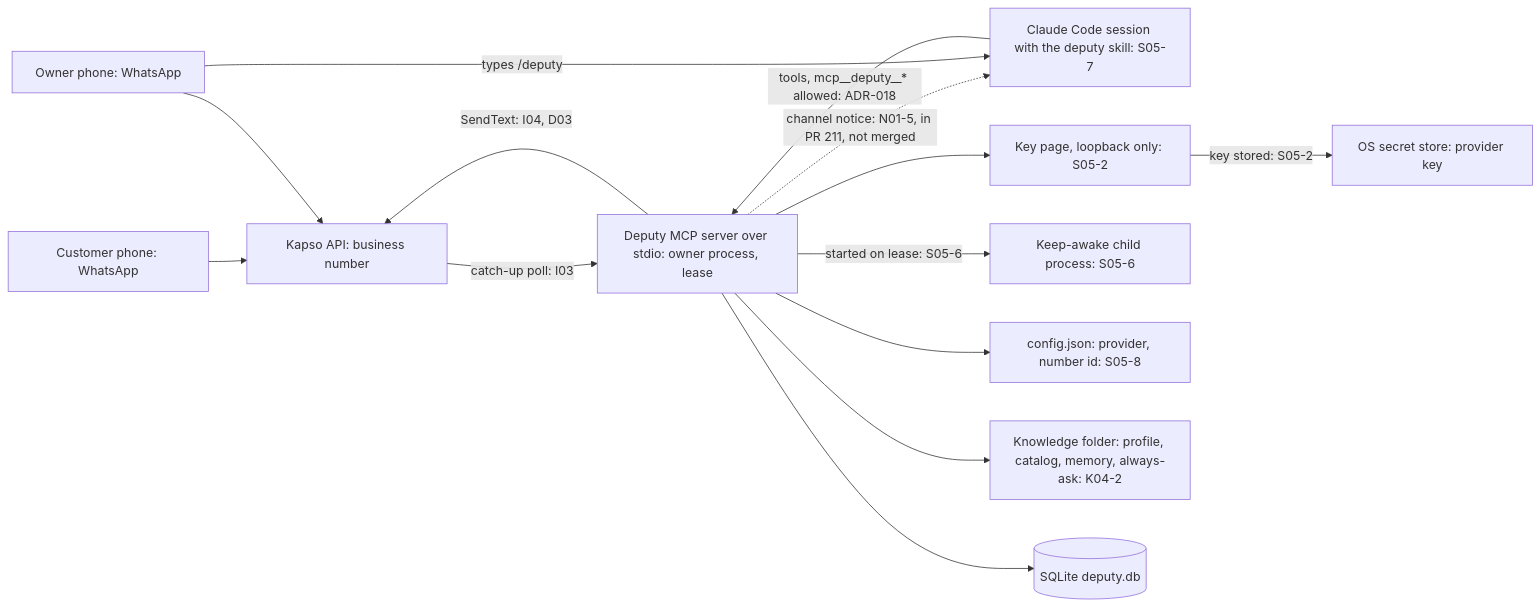
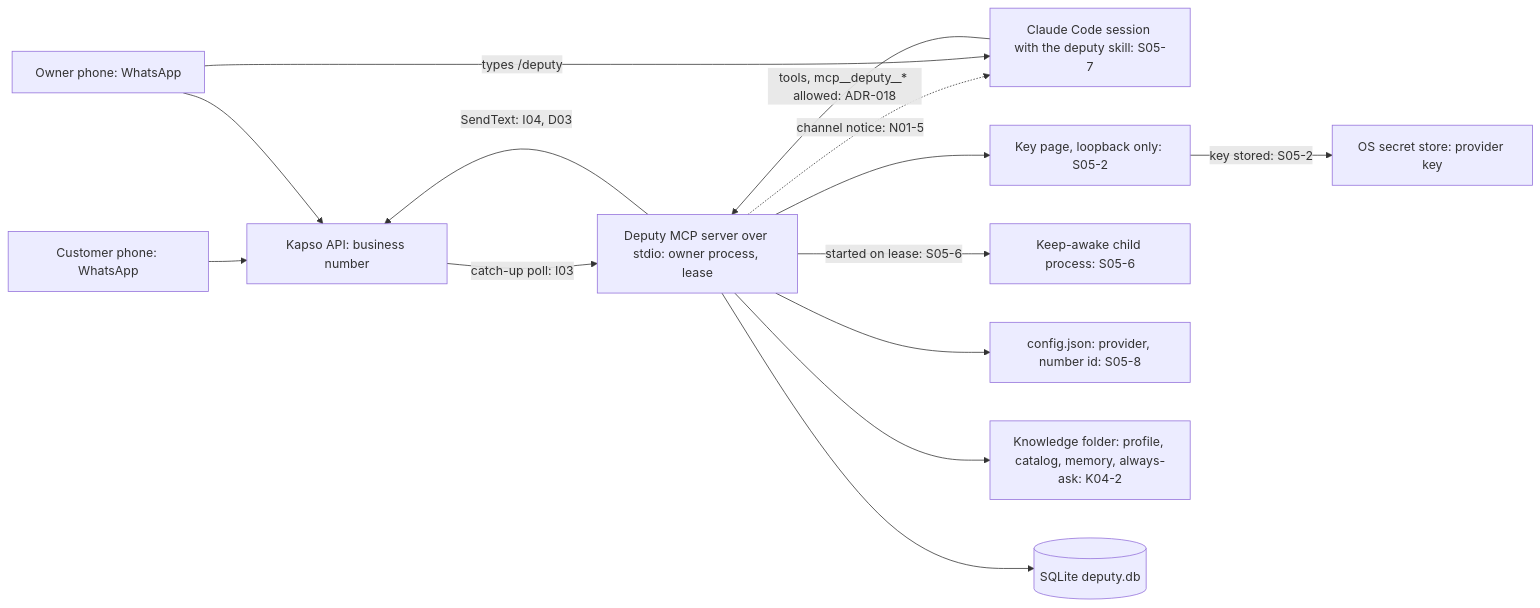
One commit to antonygiomarxdev/deputy changed the first of 15 diagrams in docs/tp-detail/TP-pilot-end-to-end.md. Above: the diagram before and after it, drawn with Mermaid. The commit also changed other lines of this file, not shown here.

Commit message:
docs: drop the GAP marks that merged specs closed

````diff
--- a/docs/tp-detail/TP-pilot-end-to-end.md
+++ b/docs/tp-detail/TP-pilot-end-to-end.md
@@ -31,27 +31,27 @@
 ```mermaid
 flowchart LR
   Owner["Owner phone: WhatsApp"]
   Cust["Customer phone: WhatsApp"]
   Kapso["Kapso API: business number"]
   Sess["Claude Code session with the deputy skill: S05-7"]
   MCP["Deputy MCP server over stdio: owner process, lease"]
   KeyPg["Key page, loopback only: S05-2"]
   Awake["Keep-awake child process: S05-6"]
   Sec["OS secret store: provider key"]
   Cfg["config.json: provider, number id: S05-8"]
   Know["Knowledge folder: profile, catalog, memory, always-ask: K04-2"]
   Db[("SQLite deputy.db")]
   Cust --> Kapso
   Owner --> Kapso
   Kapso -->|"catch-up poll: I03"| MCP
   MCP -->|"SendText: I04, D03"| Kapso
   Sess -->|"tools, mcp__deputy__* allowed: ADR-018"| MCP
-  MCP -.->|"channel notice: N01-5, in PR 211, not merged"| Sess
+  MCP -.->|"channel notice: N01-5"| Sess
   Owner -->|"types /deputy"| Sess
   MCP --> Db
   MCP --> Know
   MCP --> KeyPg
   KeyPg -->|"key stored: S05-2"| Sec
   MCP --> Cfg
   MCP -->|"started on lease: S05-6"| Awake
 ```
````
